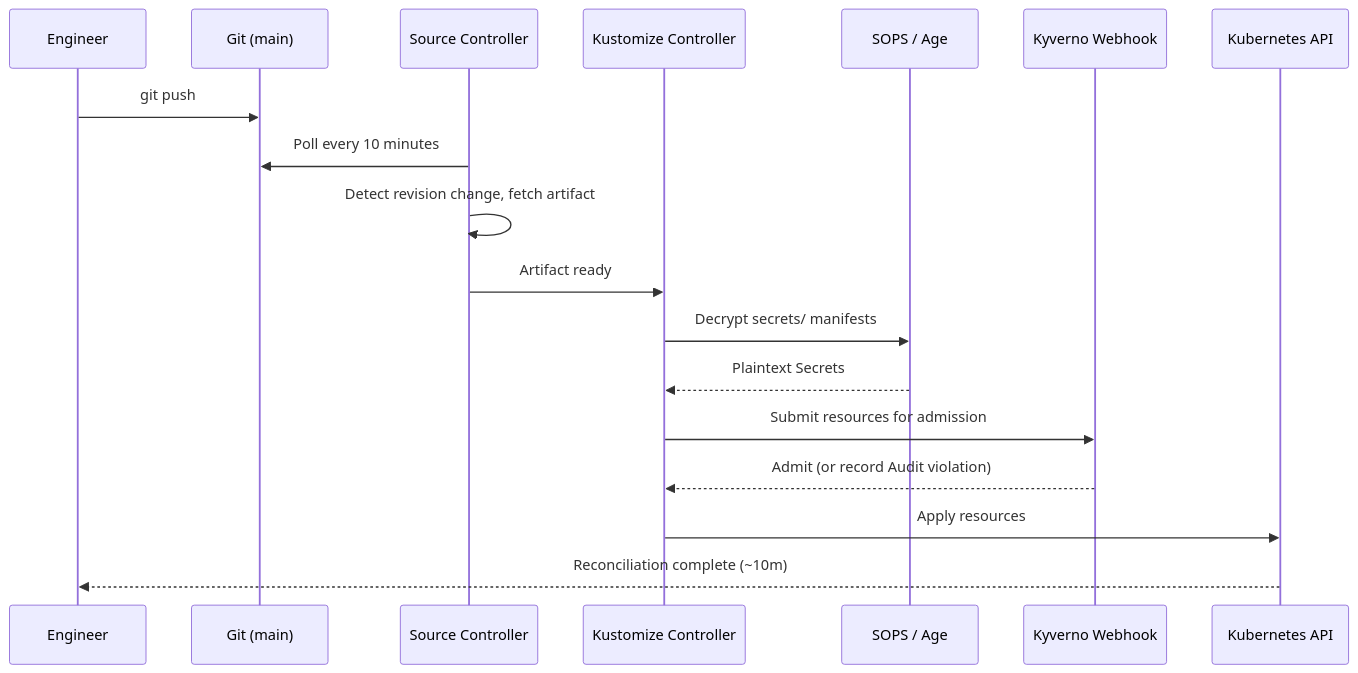
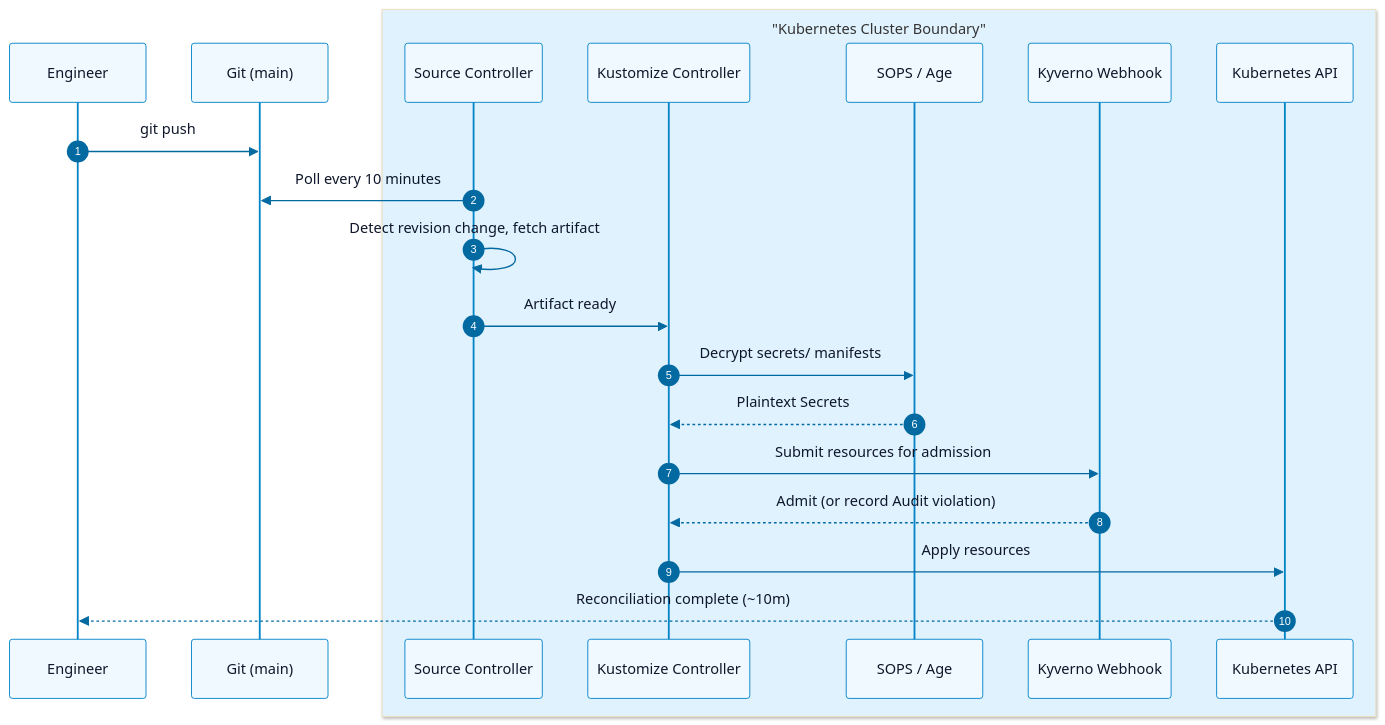
The third of 7 diagrams in README.md (Aishwaryaa12/flux-gitops), drawn with Mermaid before and after one commit. The commit also changed other lines of this file, not shown here.

````diff
--- a/README.md
+++ b/README.md
@@ -198,21 +225,42 @@
 ```mermaid
+%%{init: {
+  'theme': 'base',
+  'themeVariables': {
+    'actorBkg': '#f0f9ff',
+    'actorBorder': '#0284c7',
+    'actorTextColor': '#0f172a',
+    'actorLineColor': '#0284c7',
+    'signalColor': '#0369a1',
+    'signalTextColor': '#0f172a',
+    'sequenceNumberColor': '#ffffff',
+    'sequenceNumberBkg': '#0ea5e9'
+  }
+}}%%
 sequenceDiagram
+    autonumber
+    
+    %% External Participants
     participant Dev as Engineer
     participant Git as Git (main)
-    participant Src as Source Controller
-    participant Kust as Kustomize Controller
-    participant SOPS as SOPS / Age
-    participant Kyverno as Kyverno Webhook
-    participant K8s as Kubernetes API
+    
+    %% Cluster Boundary Grouping
+    box rgb(224, 242, 254) "Kubernetes Cluster Boundary"
+        participant Src as Source Controller
+        participant Kust as Kustomize Controller
+        participant SOPS as SOPS / Age
+        participant Kyverno as Kyverno Webhook
+        participant K8s as Kubernetes API
+    end
 
+    %% Flow Execution
     Dev->>Git: git push
     Src->>Git: Poll every 10 minutes
     Src->>Src: Detect revision change, fetch artifact
     Src->>Kust: Artifact ready
     Kust->>SOPS: Decrypt secrets/ manifests
     SOPS-->>Kust: Plaintext Secrets
     Kust->>Kyverno: Submit resources for admission
     Kyverno-->>Kust: Admit (or record Audit violation)
     Kust->>K8s: Apply resources
     K8s-->>Dev: Reconciliation complete (~10m)
 ```
````
